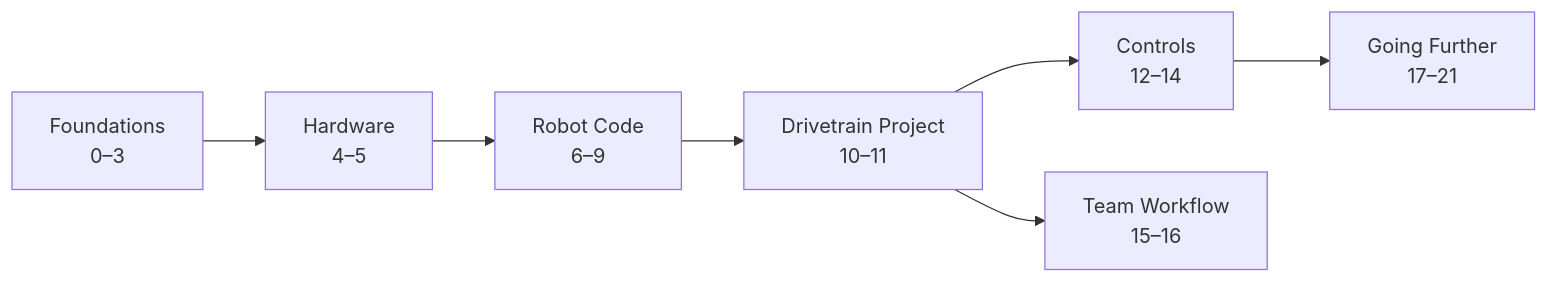
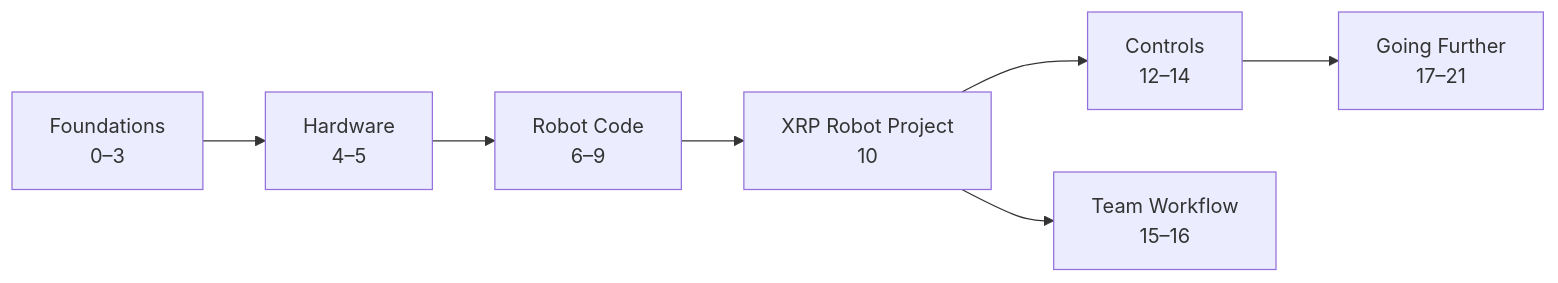
Before and after one commit to Robojacks/frc-course: the diagram in src/index.md, drawn with Mermaid. The commit also changed other lines of this file and 118 other files, not shown here.

First line of the commit message:
Replace the Drivetrain Project with the XRP Robot Project

````diff
--- a/src/index.md
+++ b/src/index.md
@@ -38,9 +38,9 @@
 ```mermaid
 flowchart LR
     A[Foundations<br/>0–3] --> B[Hardware<br/>4–5]
     B --> C[Robot Code<br/>6–9]
-    C --> D[Drivetrain Project<br/>10–11]
+    C --> D[XRP Robot Project<br/>10]
     D --> E[Controls<br/>12–14]
     D --> F[Team Workflow<br/>15–16]
     E --> G[Going Further<br/>17–21]
 ```
````
